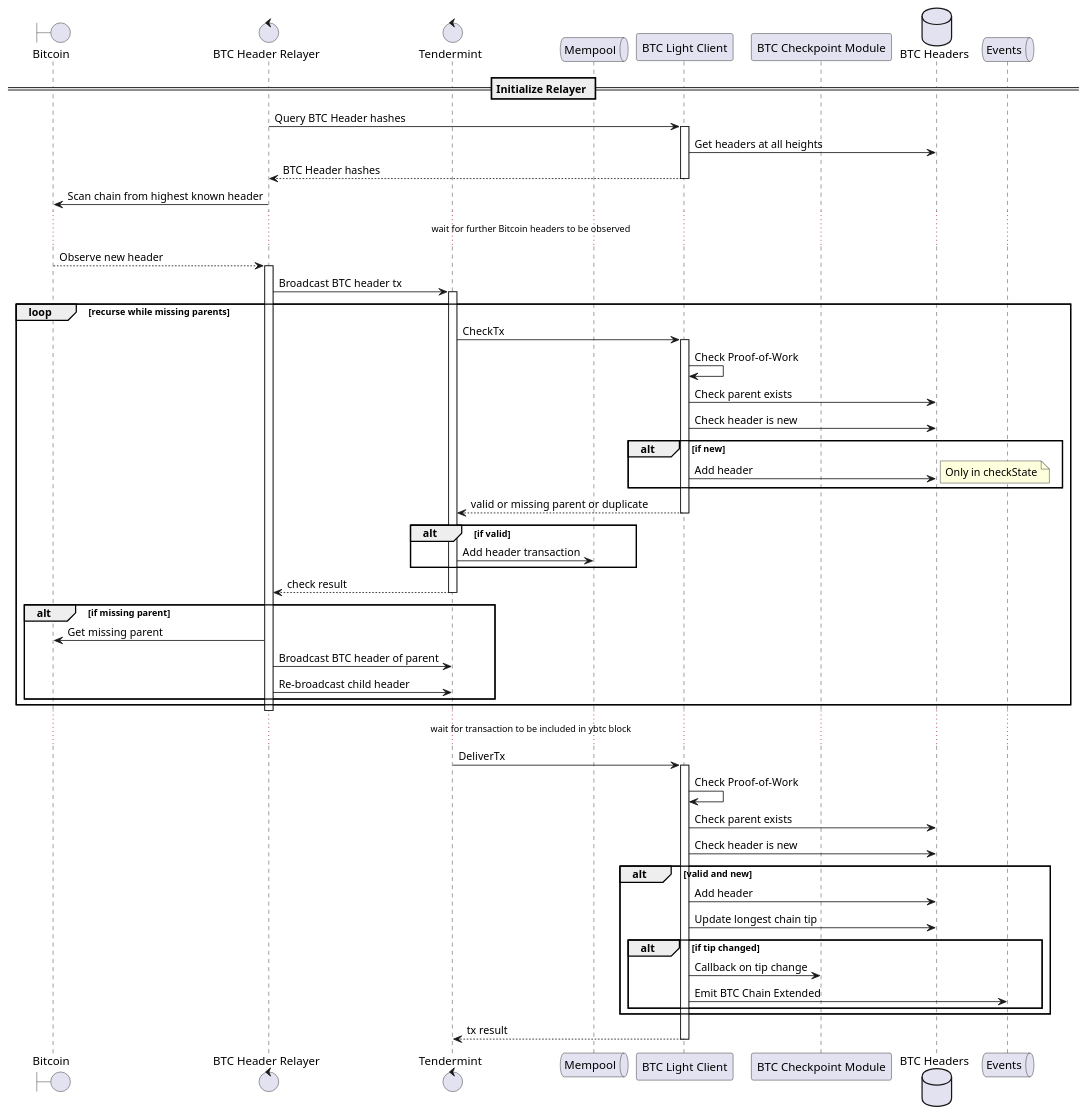
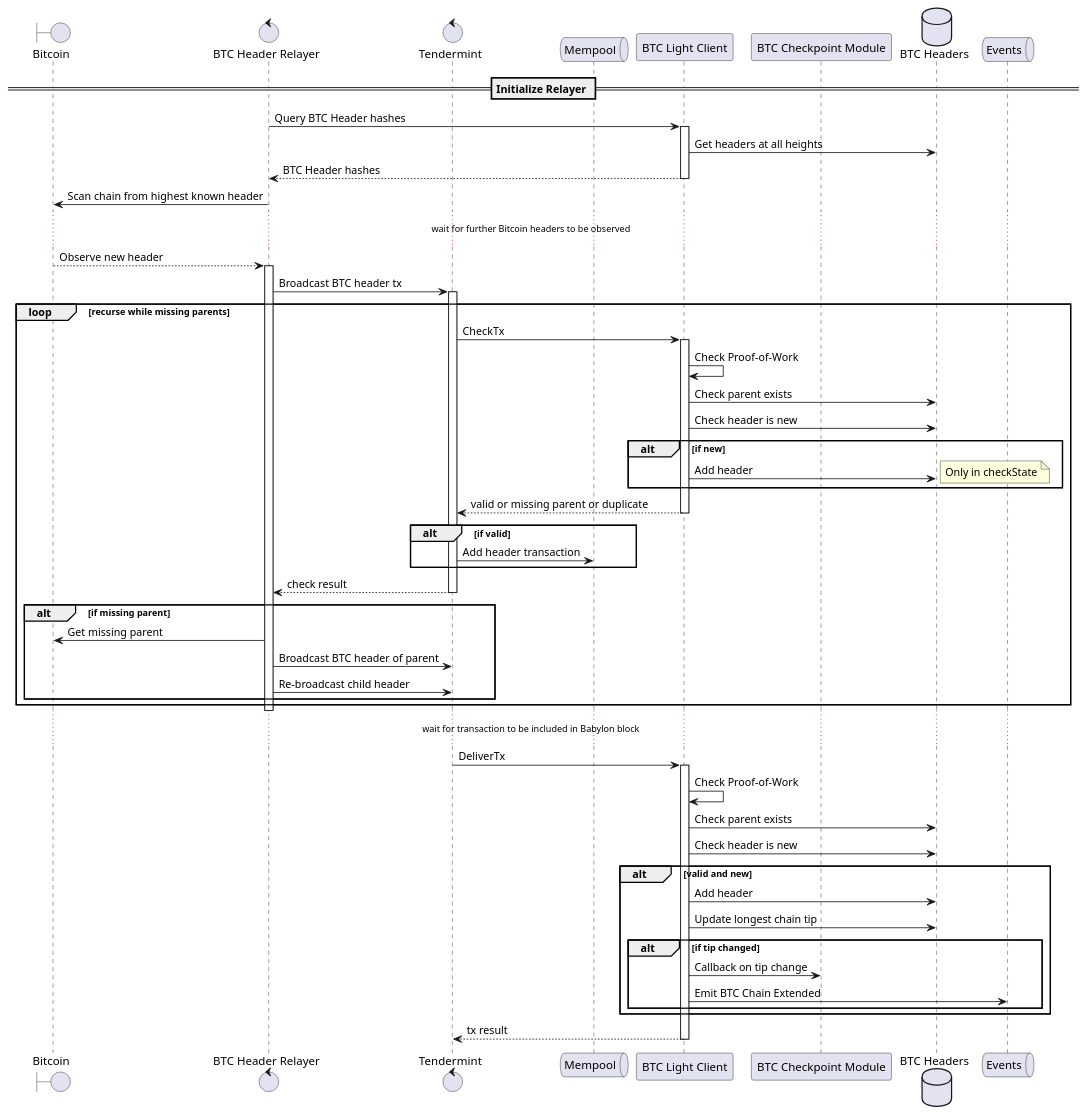
The diagram in client/docs/diagrams/btc_light_client.puml (almovidhussaini/babylonclone), drawn with PlantUML before and after one commit. The commit also changed 768 other files, not shown here.

```diff
--- a/client/docs/diagrams/btc_light_client.puml
+++ b/client/docs/diagrams/btc_light_client.puml
@@ -1,66 +1,66 @@
 @startuml Submit Checkpoint
 boundary    Bitcoin
 control     "BTC Header Relayer" as relayer
 control     Tendermint
 queue       Mempool
 participant "BTC Light Client"  as btclightclient
 participant "BTC Checkpoint Module" as btccheckpoint
 database    "BTC Headers" as btcheaders
 queue       Events
 
 == Initialize Relayer ==
 
 relayer -> btclightclient ++ : Query BTC Header hashes
 btclightclient -> btcheaders : Get headers at all heights
 return BTC Header hashes
 
 relayer -> Bitcoin : Scan chain from highest known header
 
 ... wait for further Bitcoin headers to be observed ...
 
 Bitcoin --> relayer ++ : Observe new header
 
 relayer -> Tendermint ++ : Broadcast BTC header tx
 
 loop recurse while missing parents
   Tendermint -> btclightclient ++ : CheckTx
   btclightclient -> btclightclient : Check Proof-of-Work
   btclightclient -> btcheaders : Check parent exists
   btclightclient -> btcheaders : Check header is new
   alt if new
     btclightclient -> btcheaders : Add header
     note right
       Only in checkState
     end note
   end
   return valid or missing parent or duplicate
   alt if valid
     Tendermint -> Mempool : Add header transaction
   end
   return check result
 
   alt if missing parent
     relayer -> Bitcoin : Get missing parent
     relayer -> Tendermint : Broadcast BTC header of parent
     relayer -> Tendermint : Re-broadcast child header
   end
 end
 deactivate relayer
 
-... wait for transaction to be included in ybtc block ...
+... wait for transaction to be included in Babylon block ...
 
 Tendermint -> btclightclient ++ : DeliverTx
 btclightclient -> btclightclient : Check Proof-of-Work
 btclightclient -> btcheaders : Check parent exists
 btclightclient -> btcheaders : Check header is new
 alt valid and new
   btclightclient -> btcheaders : Add header
   btclightclient -> btcheaders : Update longest chain tip
   alt if tip changed
     btclightclient -> btccheckpoint : Callback on tip change
     btclightclient -> Events : Emit BTC Chain Extended
   end
 end
 return tx result
 
 @enduml
```
